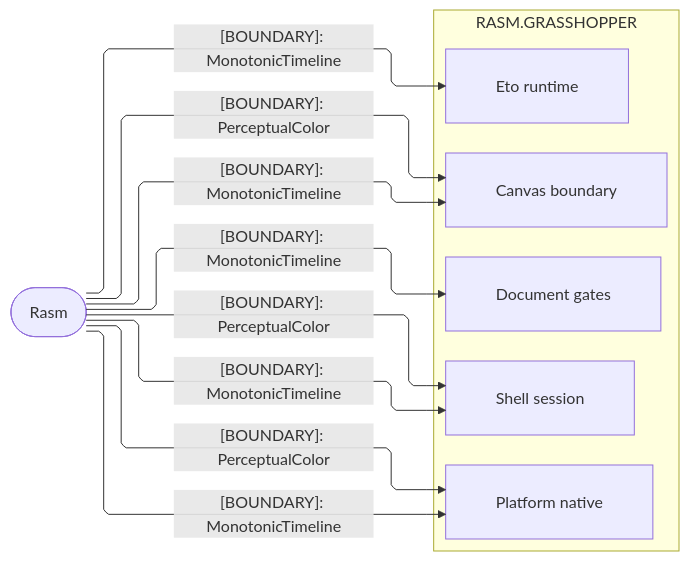
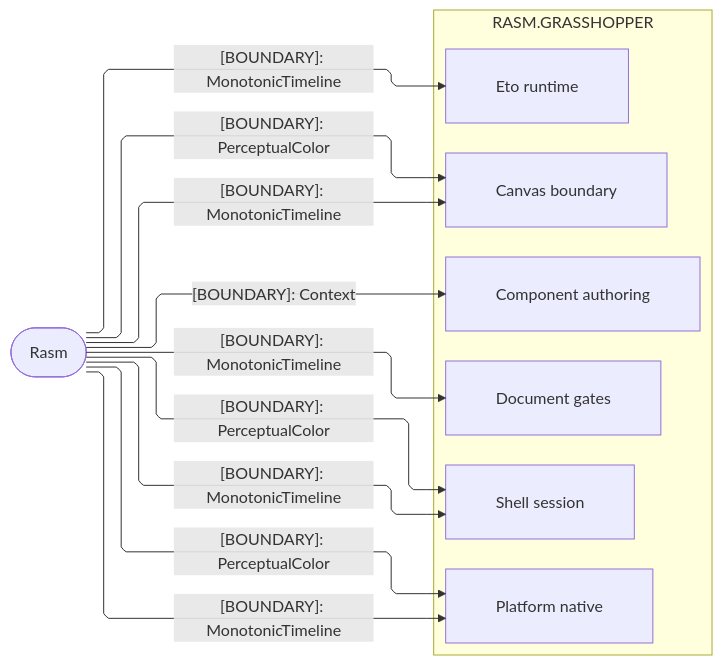
Before and after one commit to bsamiee/Rasm: the second of 3 diagrams in libs/csharp/Rasm.Grasshopper/ARCHITECTURE.md, drawn with Mermaid. The commit also changed 138 other files, not shown here.

````diff
--- a/libs/csharp/Rasm.Grasshopper/ARCHITECTURE.md
+++ b/libs/csharp/Rasm.Grasshopper/ARCHITECTURE.md
@@ -110,28 +110,30 @@
 ```mermaid
 ---
 config:
   layout: elk
   flowchart:
     curve: linear
     padding: 25
 ---
 flowchart LR
     accTitle: Grasshopper host-boundary kernel seams
-    accDescr: Grasshopper host-boundary sub-domain owners admitting the Rasm kernel's monotonic timing and perceptual-colour authorities as boundary contracts, one edge per contract family labeled by kind.
+    accDescr: Grasshopper host-boundary sub-domain owners admitting the Rasm kernel's monotonic timing, perceptual-colour, and model-context authorities as boundary contracts, one edge per contract family labeled by kind.
     subgraph grasshopper[RASM.GRASSHOPPER]
         Canvas[Canvas boundary]
         Document[Document gates]
         Eto[Eto runtime]
         Shell[Shell session]
         Platform[Platform native]
+        Components[Component authoring]
     end
     Rasm([Rasm])
+    Rasm -->|"[BOUNDARY]: Context"| Components
     Rasm -->|"[BOUNDARY]: MonotonicTimeline"| Canvas
     Rasm -->|"[BOUNDARY]: PerceptualColor"| Canvas
     Rasm -->|"[BOUNDARY]: MonotonicTimeline"| Document
     Rasm -->|"[BOUNDARY]: MonotonicTimeline"| Eto
     Rasm -->|"[BOUNDARY]: MonotonicTimeline"| Shell
     Rasm -->|"[BOUNDARY]: PerceptualColor"| Shell
     Rasm -->|"[BOUNDARY]: MonotonicTimeline"| Platform
     Rasm -->|"[BOUNDARY]: PerceptualColor"| Platform
 ```
````
